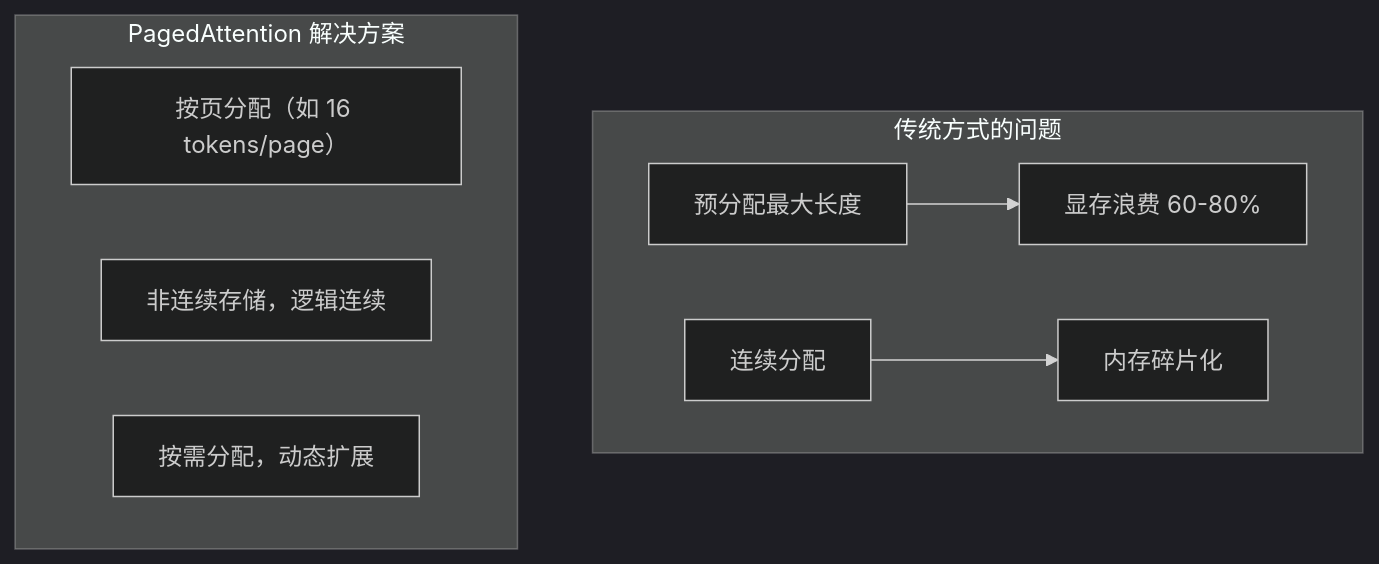
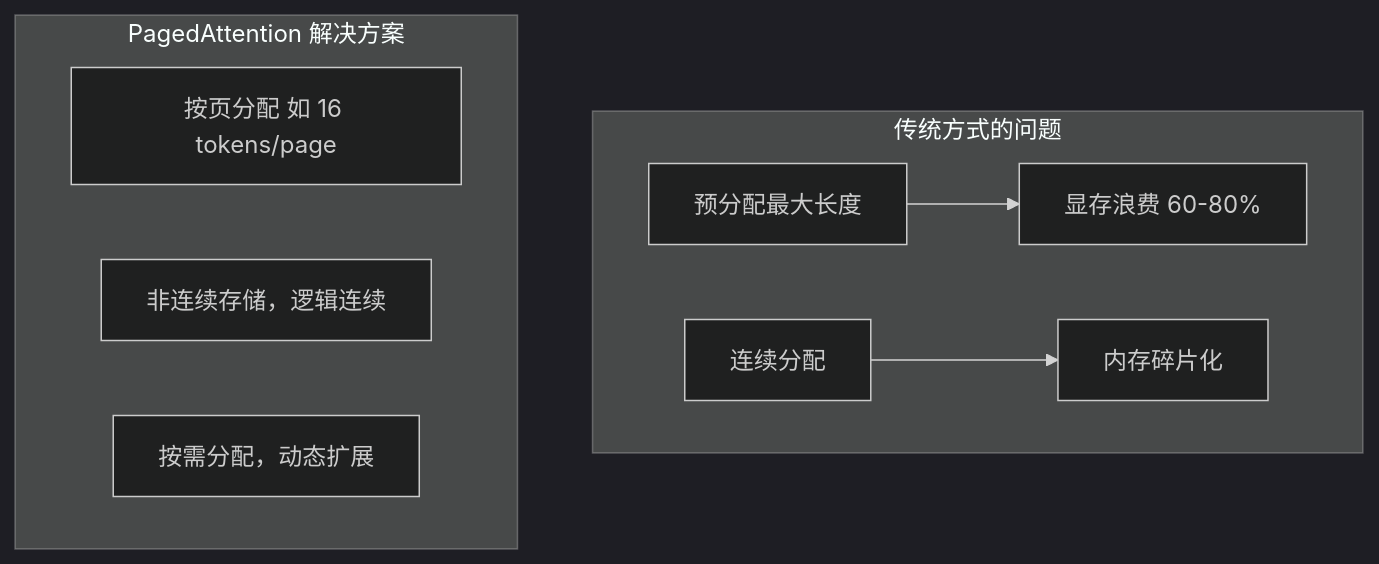
The fifth of 30 diagrams in content/articles/ai/ai-31-AI-C++工程师入门实战指南.md (jpixy/jpixy.github.io), drawn with Mermaid (dark theme) before and after one commit. The commit also changed other lines of this file and 66 other files, not shown here.

Commit message:
fix: resolve Mermaid syntax errors by removing parentheses in node labels

````diff
--- a/content/articles/ai/ai-31-AI-C++工程师入门实战指南.md
+++ b/content/articles/ai/ai-31-AI-C++工程师入门实战指南.md
@@ -133,13 +133,13 @@
 ```mermaid
 graph TB
     subgraph "传统方式的问题"
         A["预分配最大长度"] --> B["显存浪费 60-80%"]
         C["连续分配"] --> D["内存碎片化"]
     end
     
     subgraph "PagedAttention 解决方案"
-        E["按页分配（如 16 tokens/page）"]
+        E["按页分配 如 16 tokens/page"]
         F["非连续存储，逻辑连续"]
         G["按需分配，动态扩展"]
     end
 ```
````
